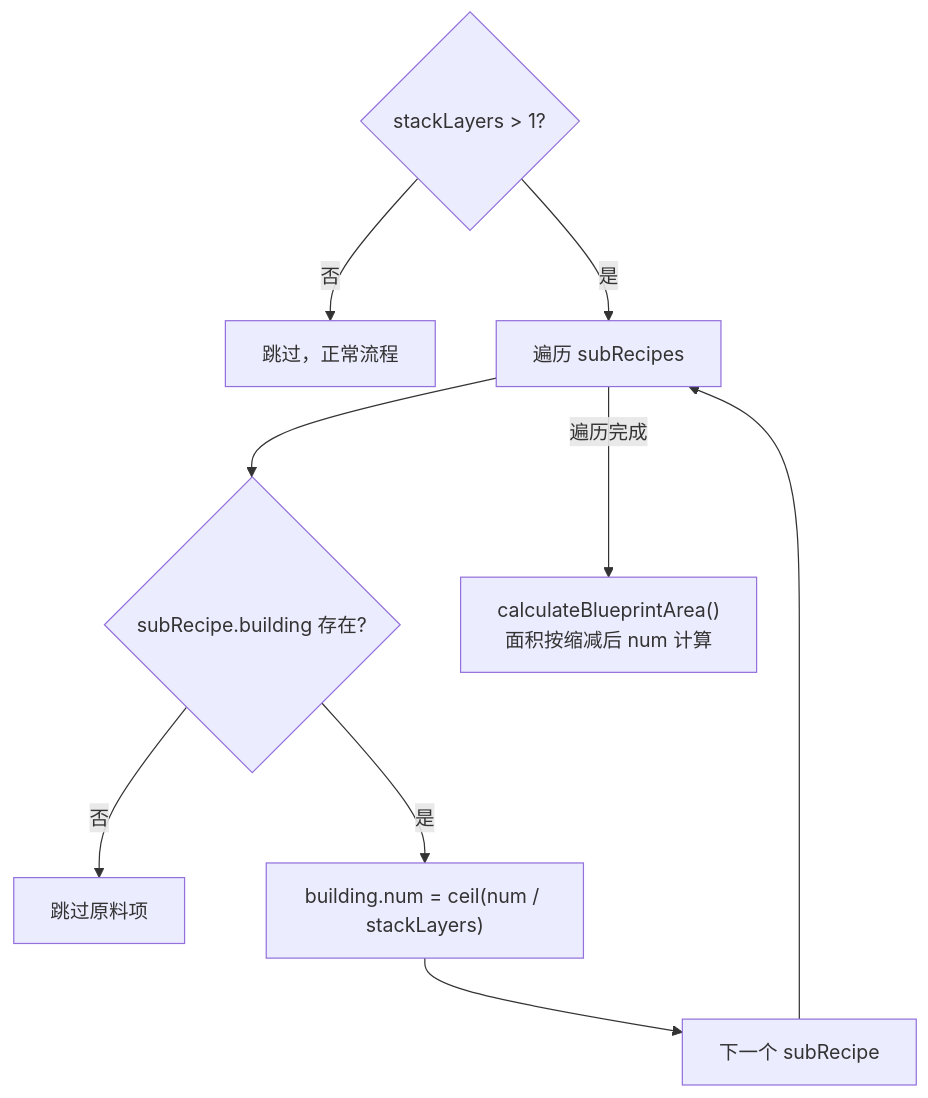
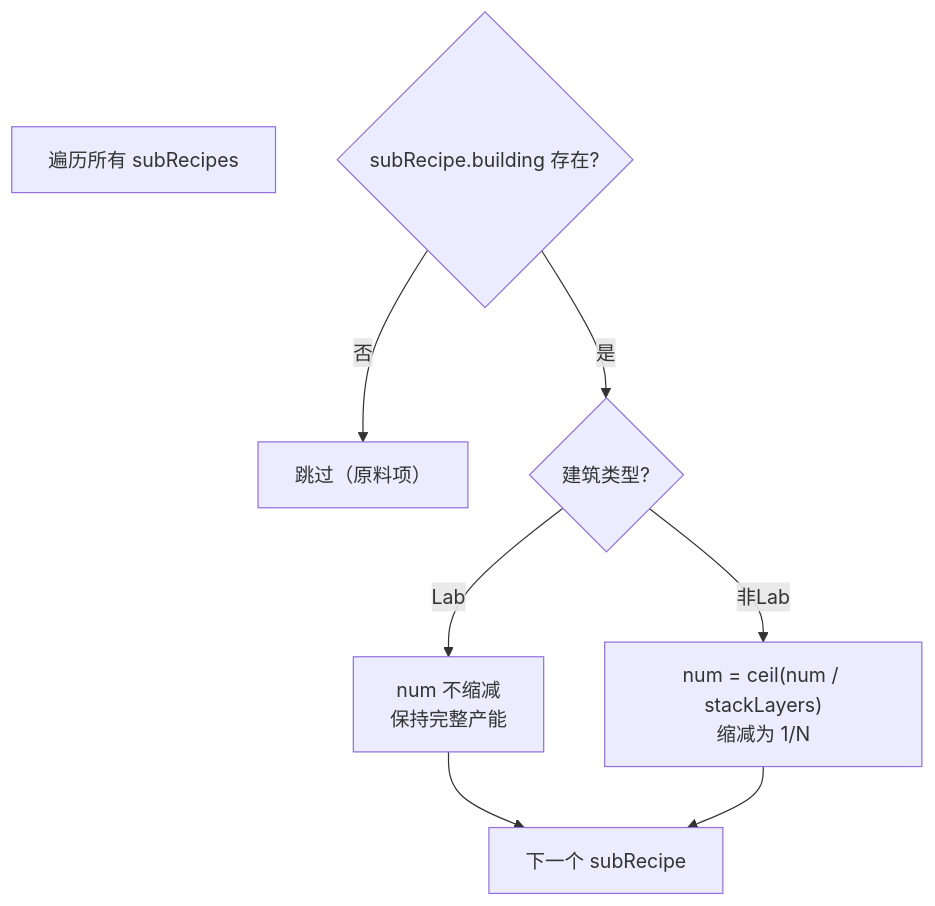
One commit to 793383996/DSQ changed the third of 7 diagrams in Scripts/localDocs/堆叠模块说明.md. Above: the diagram before and after it, drawn with Mermaid. The commit also changed other lines of this file and 7 other files, not shown here.

First line of the commit message:
feat: 实现蓝图堆叠模块(方案A)和完整文档

````diff
--- a/Scripts/localDocs/堆叠模块说明.md
+++ b/Scripts/localDocs/堆叠模块说明.md
@@ -143,12 +181,11 @@
 ```mermaid
 flowchart TD
-    A{stackLayers > 1?}
-    A -->|否| B[跳过，正常流程]
-    A -->|是| C[遍历 subRecipes]
-    C --> D{subRecipe.building 存在?}
-    D -->|否| E[跳过原料项]
-    D -->|是| F["building.num = ceil(num / stackLayers)"]
-    F --> G[下一个 subRecipe]
-    G --> C
-    C -->|遍历完成| H["calculateBlueprintArea()<br/>面积按缩减后 num 计算"]
+    A["遍历所有 subRecipes"]
+    B{"subRecipe.building 存在?"}
+    B -->|否| C["跳过（原料项）"]
+    B -->|是| D{"建筑类型?"}
+    D -->|Lab| E["num 不缩减<br/>保持完整产能"]
+    D -->|非Lab| F["num = ceil(num / stackLayers)<br/>缩减为 1/N"]
+    E --> G["下一个 subRecipe"]
+    F --> G
 ```
````
